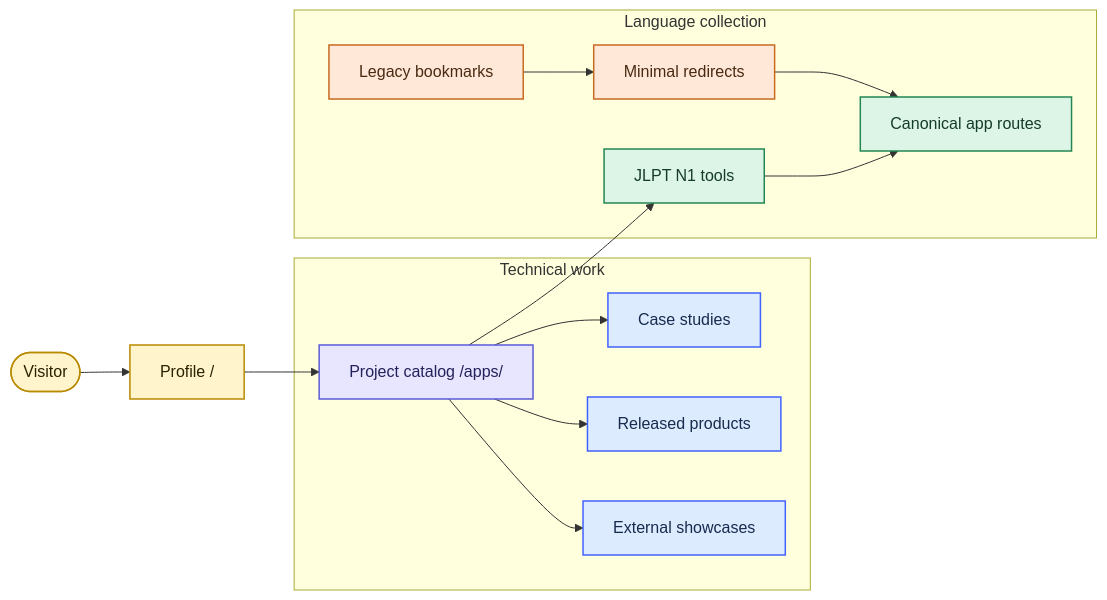
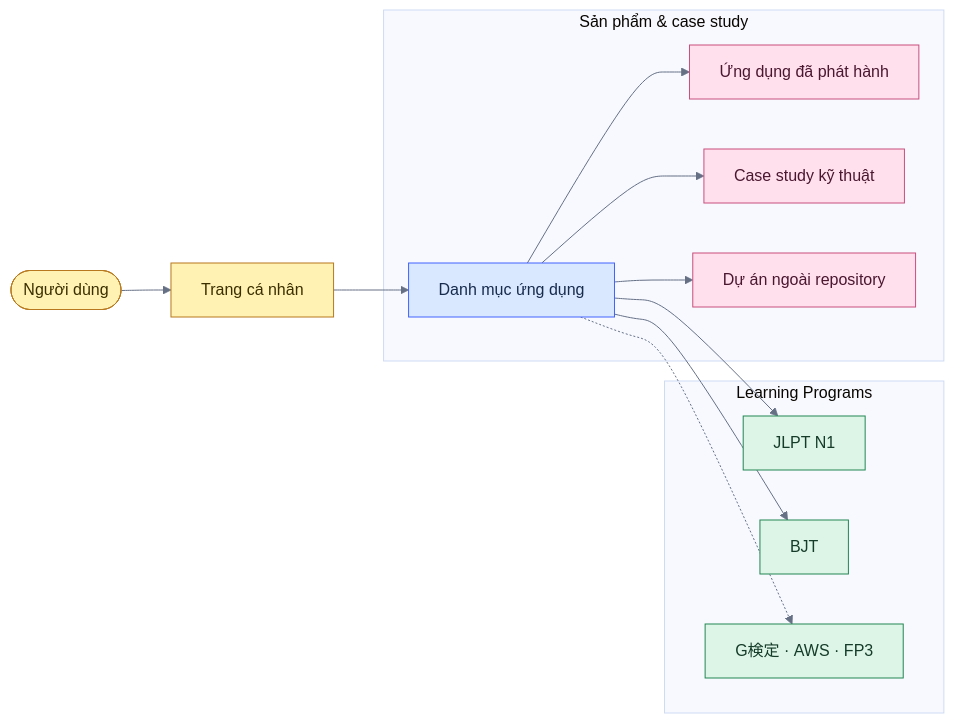
One commit to thangldw/thangldw.github.io changed the first of 3 diagrams in README.md. Above: the diagram before and after it, drawn with Mermaid. The commit also changed other lines of this file and 7 other files, not shown here.

Commit message:
Rewrite project documentation and clean legacy code

````diff
--- a/README.md
+++ b/README.md
@@ -11,29 +9,27 @@
 ```mermaid
+%%{init: {"theme":"base","themeVariables":{"fontFamily":"Inter, Arial, sans-serif","lineColor":"#667085","primaryTextColor":"#172B4D"}}}%%
 flowchart LR
-  Visitor(["Visitor"]) --> Home["Profile /"]
-  Home --> Catalog["Project catalog /apps/"]
+  Visitor(["Người dùng"]) --> Home["Trang cá nhân"]
+  Home --> Apps["Danh mục ứng dụng"]
 
-  subgraph Technical["Technical work"]
-    Catalog --> Cases["Case studies"]
-    Catalog --> Products["Released products"]
-    Catalog --> External["External showcases"]
+  subgraph Work["Sản phẩm & case study"]
+    Apps --> Products["Ứng dụng đã phát hành"]
+    Apps --> Cases["Case study kỹ thuật"]
+    Apps --> External["Dự án ngoài repository"]
   end
 
-  subgraph Learning["Language collection"]
-    Catalog --> JLPT["JLPT N1 tools"]
-    JLPT --> Canonical["Canonical app routes"]
-    Legacy["Legacy bookmarks"] --> Redirect["Minimal redirects"]
-    Redirect --> Canonical
+  subgraph Learning["Learning Programs"]
+    Apps --> JLPT["JLPT N1"]
+    Apps --> BJT["BJT"]
+    Apps -.-> Future["G検定 · AWS · FP3"]
   end
 
-  classDef entry fill:#FFF4CC,stroke:#B88A00,color:#292300,stroke-width:1.5px;
-  classDef navigation fill:#E8E5FF,stroke:#5B5BD6,color:#24225A,stroke-width:1.5px;
-  classDef technical fill:#DDEBFF,stroke:#4262FF,color:#172B4D,stroke-width:1.5px;
-  classDef learning fill:#DDF5E7,stroke:#238653,color:#153B29,stroke-width:1.5px;
-  classDef compatibility fill:#FFE8D7,stroke:#C96A21,color:#4A2A12,stroke-width:1.5px;
-  class Visitor,Home entry;
-  class Catalog navigation;
-  class Cases,Products,External technical;
-  class JLPT,Canonical learning;
-  class Legacy,Redirect compatibility;
+  classDef yellow fill:#FFF2B2,stroke:#B7791F,color:#3B2F00,stroke-width:1px;
+  classDef blue fill:#D9E8FF,stroke:#4262FF,color:#172B4D,stroke-width:1px;
+  classDef green fill:#DDF5E7,stroke:#238653,color:#153B29,stroke-width:1px;
+  classDef pink fill:#FFE0EC,stroke:#C94F7C,color:#4A1730,stroke-width:1px;
+  class Visitor,Home yellow;
+  class Apps blue;
+  class Products,Cases,External pink;
+  class JLPT,BJT,Future green;
 ```
````
